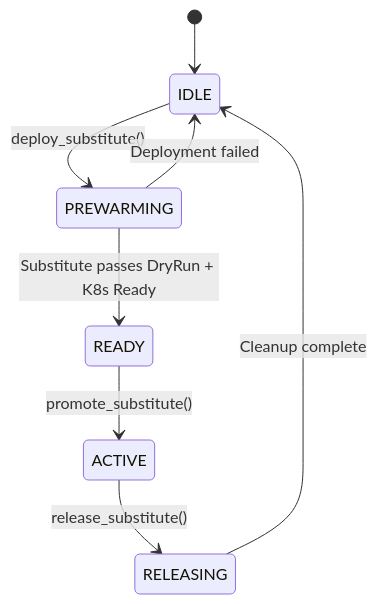
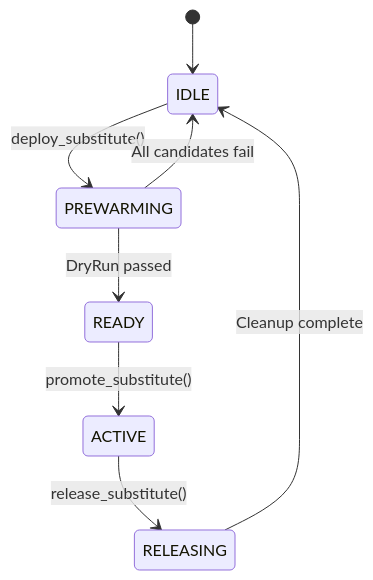
One commit to atharva0608/final-ml changed diagram 11 of 16 in documents/logic.md. Above: the diagram before and after it, drawn with Mermaid. The commit also changed other lines of this file and 93 other files, not shown here.

````diff
--- a/documents/logic.md
+++ b/documents/logic.md
@@ -463,10 +556,10 @@
 ```mermaid
 stateDiagram-v2
     [*] --> IDLE
     IDLE --> PREWARMING : deploy_substitute()
-    PREWARMING --> READY : Substitute passes DryRun + K8s Ready
+    PREWARMING --> READY : DryRun passed
     READY --> ACTIVE : promote_substitute()
     ACTIVE --> RELEASING : release_substitute()
     RELEASING --> IDLE : Cleanup complete
-    PREWARMING --> IDLE : Deployment failed
+    PREWARMING --> IDLE : All candidates fail
 ```
````
